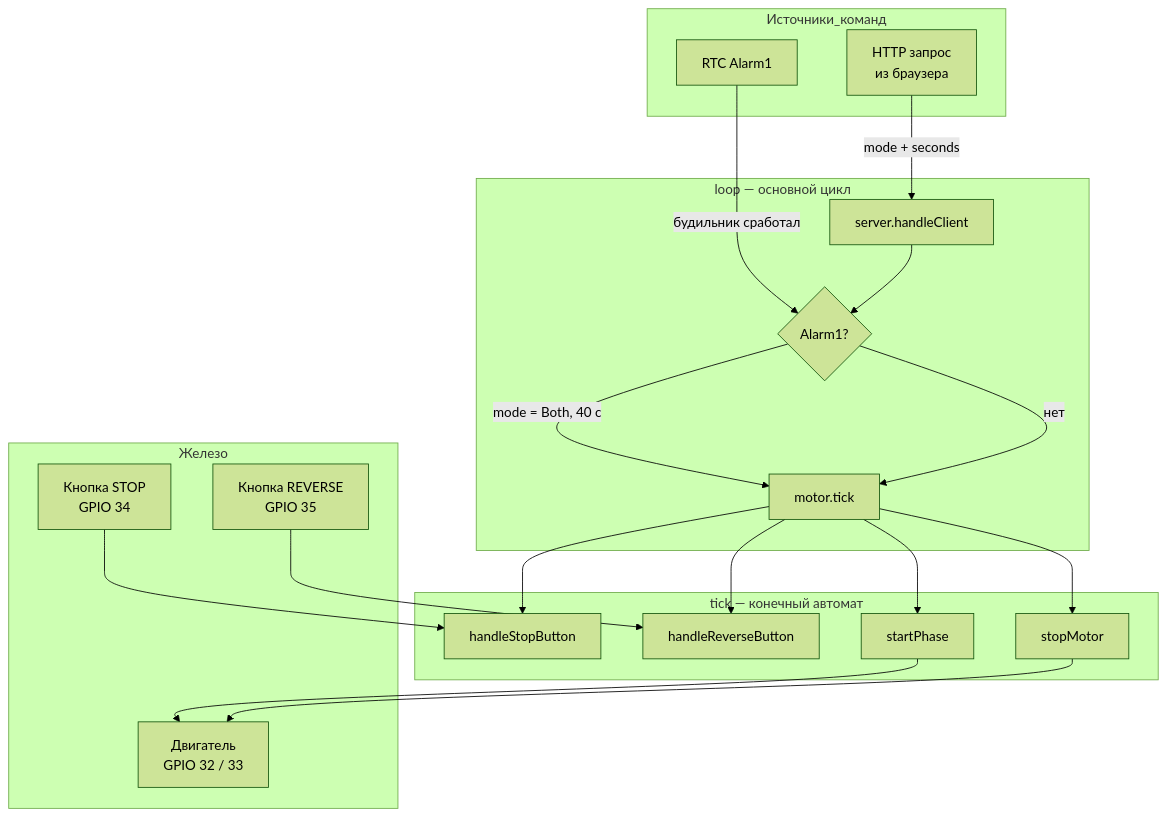
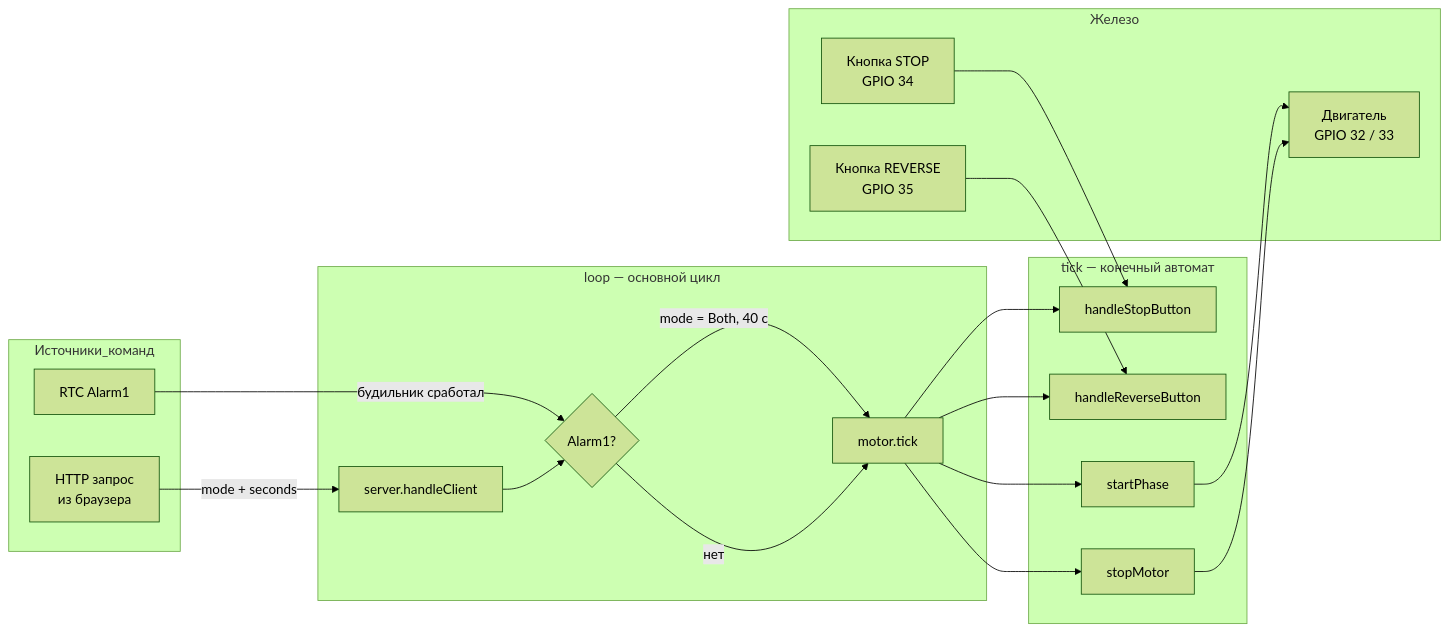
The first of 4 diagrams in description.md (bra1nsht0rm/dosator), drawn with Mermaid (forest theme) before and after one commit.

````diff
--- a/description.md
+++ b/description.md
@@ -21,40 +21,40 @@
 ```mermaid
-flowchart TD
+flowchart LR
     subgraph Источники_команд
         RTC[RTC Alarm1]
         HTTP[HTTP запрос<br/>из браузера]
     end
 
     subgraph loop[loop — основной цикл]
         HC[server.handleClient]
         AL{Alarm1?}
         TK[motor.tick]
     end
 
     subgraph tick[tick — конечный автомат]
         START_PH[startPhase]
         STOP_M[stopMotor]
         BTN_S[handleStopButton]
         BTN_R[handleReverseButton]
     end
 
     subgraph Железо
         M[Двигатель<br/>GPIO 32 / 33]
         BTN1[Кнопка STOP<br/>GPIO 34]
         BTN2[Кнопка REVERSE<br/>GPIO 35]
     end
 
     RTC -->|будильник сработал| AL
     HTTP -->|mode + seconds| HC
     HC --> AL
     AL -->|mode = Both, 40 с| TK
     AL -->|нет| TK
     TK --> BTN_S
     TK --> BTN_R
     TK --> START_PH
     TK --> STOP_M
     START_PH --> M
     STOP_M --> M
     BTN1 --> BTN_S
     BTN2 --> BTN_R
 ```
````
